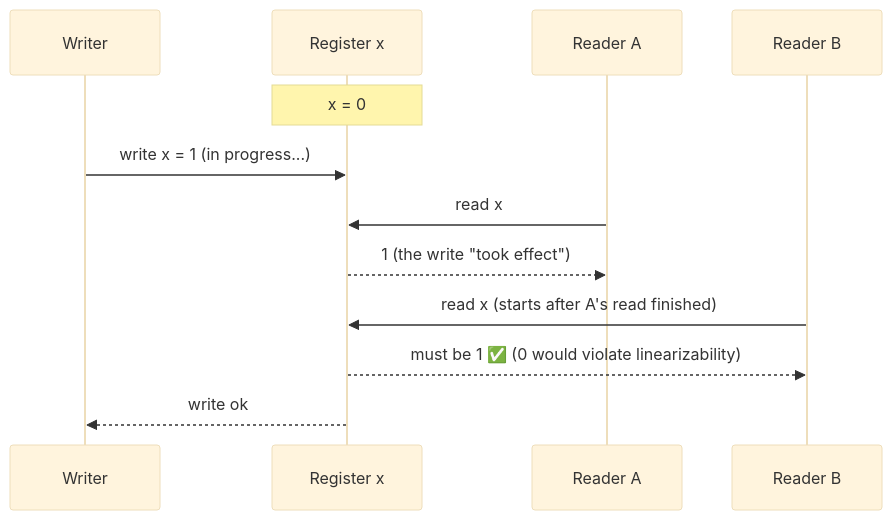
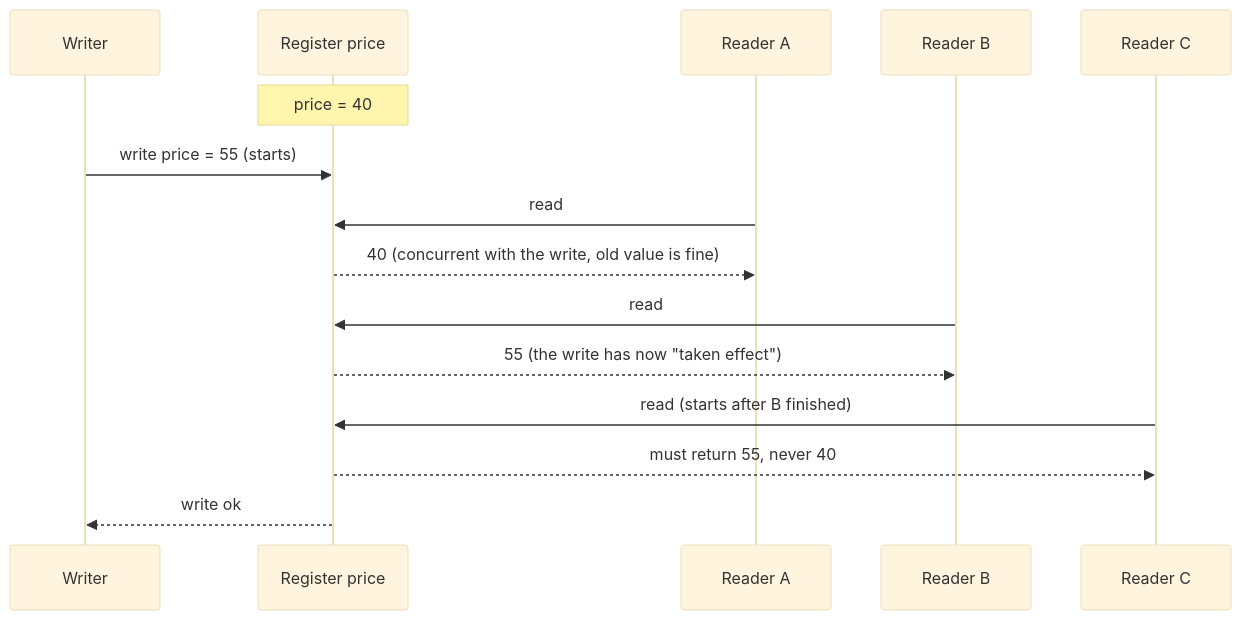
One commit to pratikguru998/ddia-book changed the fourth of 40 diagrams in docs/chapters/part-2/09-consistency-consensus.mdx. Above: the diagram before and after it, drawn with Mermaid (base theme). The commit also changed other lines of this file and 13 other files, not shown here.

Commit message:
Expand all 12 chapters: every book subsection, deeper notes, ~320 diagrams

````diff
--- a/docs/chapters/part-2/09-consistency-consensus.mdx
+++ b/docs/chapters/part-2/09-consistency-consensus.mdx
@@ -35,14 +124,17 @@
 ```mermaid
 sequenceDiagram
   participant W as Writer
-  participant DB as Register x
+  participant R as Register price
   participant A as Reader A
   participant B as Reader B
-  Note over DB: x = 0
-  W->>DB: write x = 1 (in progress...)
-  A->>DB: read x
-  DB-->>A: 1 (the write "took effect")
-  B->>DB: read x (starts after A's read finished)
-  DB-->>B: must be 1 ✅ (0 would violate linearizability)
-  DB-->>W: write ok
+  participant C as Reader C
+  Note over R: price = 40
+  W->>R: write price = 55 (starts)
+  A->>R: read
+  R-->>A: 40 (concurrent with the write, old value is fine)
+  B->>R: read
+  R-->>B: 55 (the write has now "taken effect")
+  C->>R: read (starts after B finished)
+  R-->>C: must return 55, never 40
+  R-->>W: write ok
 ```
````
